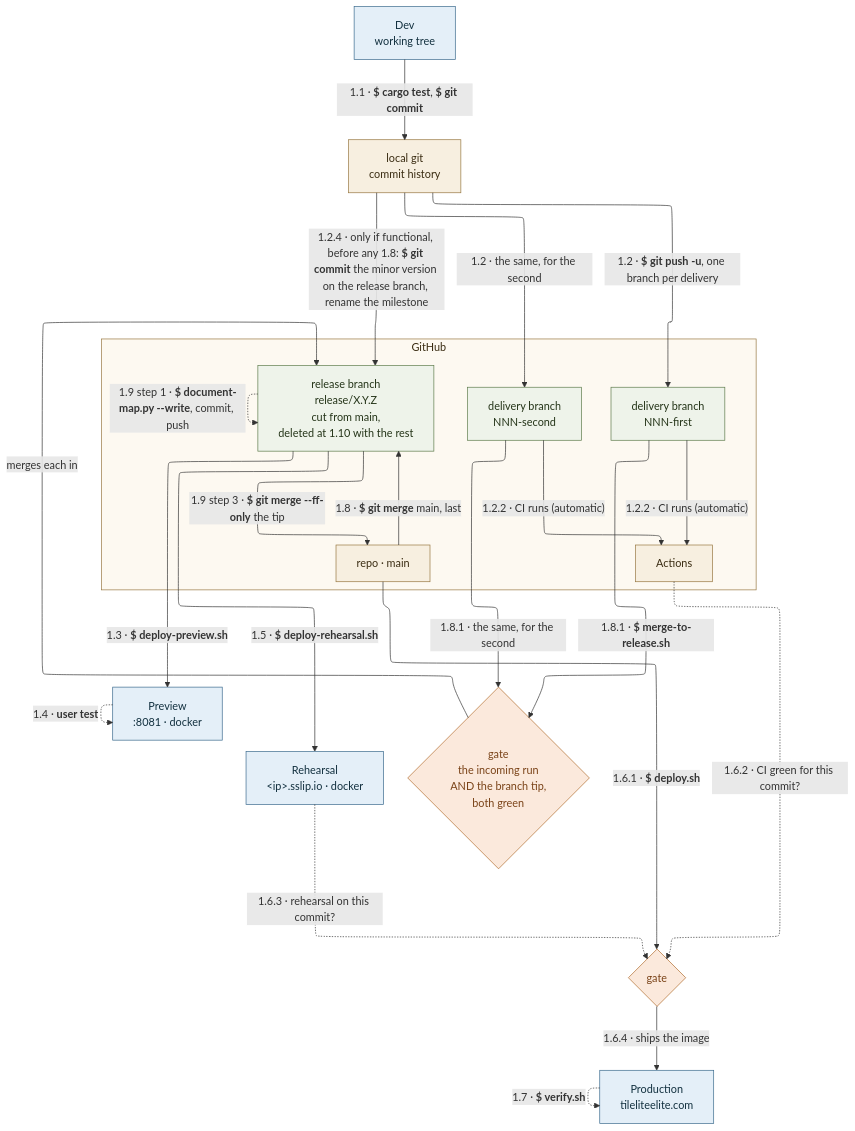
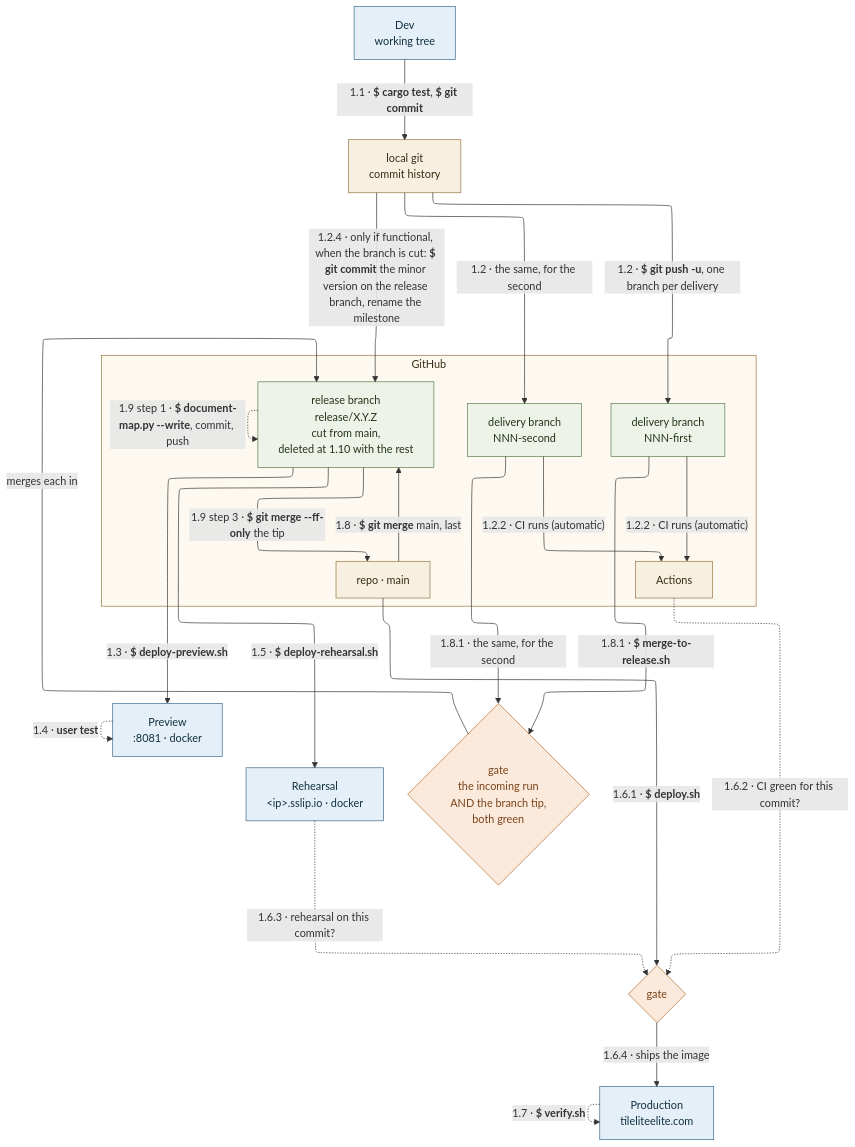
Before and after one commit to delphside/tile-lite-elite: the diagram in docs/diagrams/flavour-d-multi-delivery-release.mmd, drawn with Mermaid. The commit also changed 2 other files, not shown here.

Commit message:
app 0.9.2 api 2.16: 4.3.3 Testing, CI and release, round 7 fixes
Refs #441

Claude-Session: https://claude.ai/code/session_019ozRQv9Y2fBEFbYRFMibBh

```diff
--- a/docs/diagrams/flavour-d-multi-delivery-release.mmd
+++ b/docs/diagrams/flavour-d-multi-delivery-release.mmd
@@ -1,90 +1,90 @@
 ---
 config:
   layout: elk
   elk:
     nodePlacementStrategy: BRANDES_KOEPF
 ---
 flowchart TB
     %% Since D55 (#388) this is the EXCEPTION, not the default.
     %% A release branch is for a release that must stabilise while main
     %% moves on -- several projects proven as a set, or a release held
     %% while other work continues. A single proven delivery uses flavour
     %% C and fast-forwards main directly, because main accumulates.
     %% .
     %% The cost this avoids is 1.8: keeping a release branch current
     %% against a main that moves constantly with documentation and
     %% tooling changes.
     %% Flavour D — a release carrying several deliveries. docs/4.3.3, the
-    %% flavours table: 1.1 and 1.2 per delivery, 1.2.4 if functional (before
-    %% any 1.8), then 1.8.1 to merge each in, 1.8 to sync, 1.9 step 1, then
+    %% flavours table: 1.1 and 1.2 per delivery, 1.2.4 if functional (when
+    %% cut), then 1.8.1 to merge each in, 1.8 to sync, 1.9 step 1, then
     %% 1.3, 1.4, 1.5,
     %% 1.9 step 3, 1.6, 1.7, 1.10.
     %% .
     %% The only difference from C is where the gathering happens. One
     %% delivery fast-forwards main directly; several are gathered on a
     %% release branch first and the branch tip is what is proved. Everything
     %% from 1.3 onwards is identical to C.
     %% .
     %% 1.8.1 is a gate, not a merge command: merge-to-release.sh judges the
     %% incoming pull request's run AND the release branch's current tip, and
     %% a missing run refuses. What it reads is in its own label rather than
     %% drawn as an arrow from Actions: that edge pulled the gate down beside
     %% Actions, and its merge into the release branch then wrapped the whole
     %% diagram to climb back. That is the point of the flavour — each
     %% delivery joins a branch that is known green, rather than several
     %% arriving on main and being sorted out afterwards.
     %% .
     %% 1.8 syncs with main LAST, immediately before rehearsing, so anything
     %% that landed on main while the release was being gathered is in what
     %% gets proved.
     %% .
     %% Two delivery branches are drawn because two is what makes the flavour
     %% different from C. Three or more add nothing to the picture.
     %% .
     %% Cutting the branch and deleting it (1.10) are in the release
     %% branch's own label rather than drawn as arrows from main. Both are
     %% housekeeping at the ends of the flavour, and as edges they wrapped the
     %% whole diagram to reach a node that already sits below main.
     DEV["Dev<br/>working tree"]
     LG["local git<br/>commit history"]
     subgraph GH["GitHub"]
         MAIN["repo · main"]
         ACT["Actions"]
         BR1["delivery branch<br/>NNN-first"]
         BR2["delivery branch<br/>NNN-second"]
         REL["release branch<br/>release/X.Y.Z<br/>cut from main,<br/>deleted at 1.10 with the rest"]
     end
     STG["Preview<br/>:8081 · docker"]
     REH["Rehearsal<br/>&lt;ip&gt;.sslip.io · docker"]
     PROD["Production<br/>tileliteelite.com"]
 
     DEV -->|"`1.1 · **$ cargo test**, **$ git commit**`"| LG
     LG -->|"`1.2 · **$ git push -u**, one branch per delivery`"| BR1
     LG -->|"1.2 · the same, for the second"| BR2
     BR1 -->|"1.2.2 · CI runs (automatic)"| ACT
     BR2 -->|"1.2.2 · CI runs (automatic)"| ACT
     BR1 -->|"`1.8.1 · **$ merge-to-release.sh**`"| MG{"gate<br/>the incoming run<br/>AND the branch tip,<br/>both green"}
     BR2 -->|"`1.8.1 · the same, for the second`"| MG
     MG -->|"merges each in"| REL
     MAIN -->|"`1.8 · **$ git merge** main, last`"| REL
-    LG -->|"`1.2.4 · only if functional, before any 1.8: **$ git commit** the minor version on the release branch, rename the milestone`"| REL
+    LG -->|"`1.2.4 · only if functional, when the branch is cut: **$ git commit** the minor version on the release branch, rename the milestone`"| REL
     REL -.->|"`1.9 step 1 · **$ document-map.py --write**, commit, push`"| REL
     REL -->|"`1.3 · **$ deploy-preview.sh**`"| STG
     STG -.->|"`1.4 · **user test**`"| STG
     REL -->|"`1.5 · **$ deploy-rehearsal.sh**`"| REH
     REL -->|"`1.9 step 3 · **$ git merge --ff-only** the tip`"| MAIN
     MAIN -->|"`1.6.1 · **$ deploy.sh**`"| GATE{"gate"}
     ACT -.->|"1.6.2 · CI green for this commit?"| GATE
     REH -.->|"1.6.3 · rehearsal on this commit?"| GATE
     GATE -->|"1.6.4 · ships the image"| PROD
     PROD -.->|"`1.7 · **$ verify.sh**`"| PROD
 
     classDef gate fill:#fbe9dc,stroke:#b06a2c,color:#7a4318
     classDef env fill:#e4eff8,stroke:#39698c,color:#12303f
     classDef repo fill:#f7efe0,stroke:#96763f,color:#3a2c12
     classDef branch fill:#eef3ea,stroke:#5c7a4a,color:#243418
     class DEV,STG,REH,PROD env
     class LG,MAIN,ACT repo
     class BR1,BR2,REL branch
     class MG,GATE gate
     style GH fill:#fdf9f1,stroke:#96763f,color:#3a2c12
```
